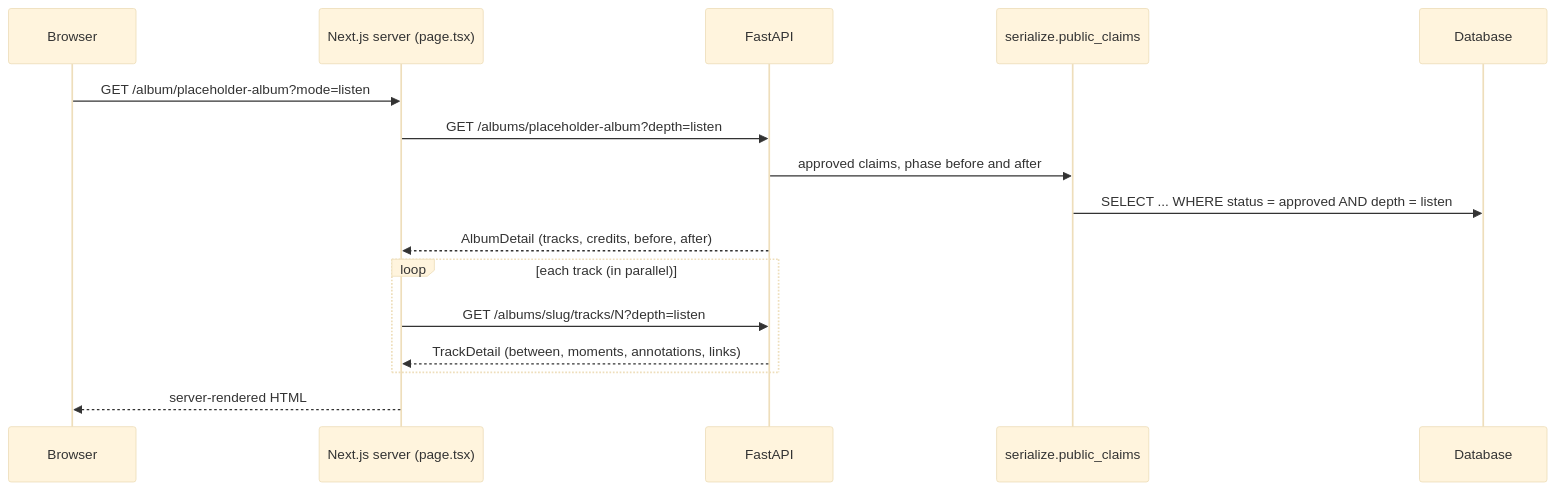
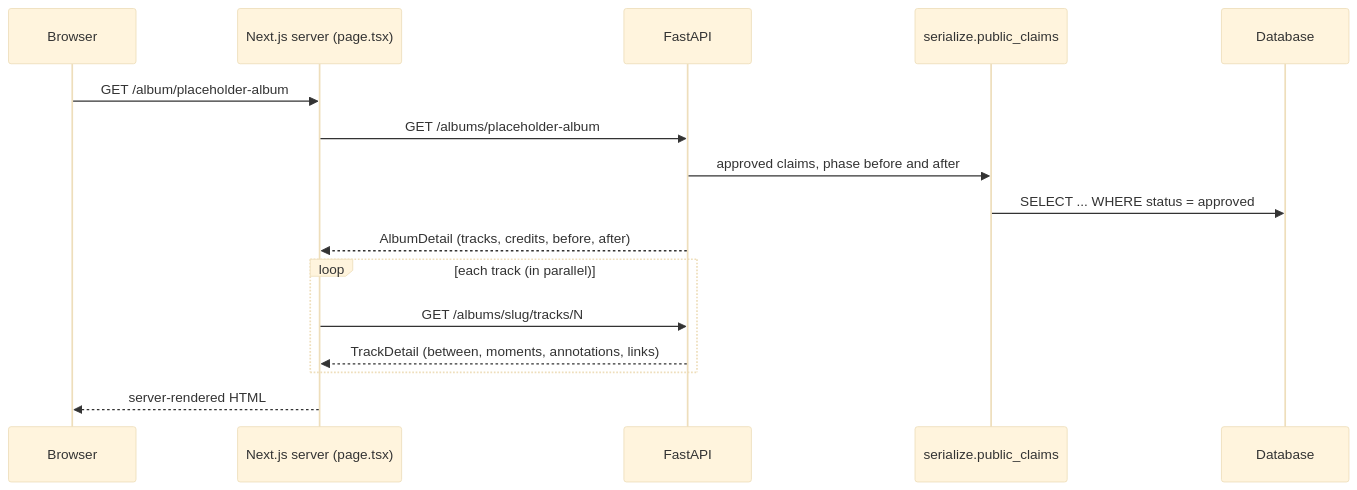
The fourth of 5 diagrams in docs/ARCHITECTURE.md (Lkaasan/runout), drawn with Mermaid (base theme) before and after one commit. The commit also changed other lines of this file and 24 other files, not shown here.

````diff
--- a/docs/ARCHITECTURE.md
+++ b/docs/ARCHITECTURE.md
@@ -197,19 +197,19 @@
 ```mermaid
 sequenceDiagram
     participant B as Browser
     participant N as Next.js server (page.tsx)
     participant A as FastAPI
     participant S as serialize.public_claims
     participant DB as Database
 
-    B->>N: GET /album/placeholder-album?mode=listen
-    N->>A: GET /albums/placeholder-album?depth=listen
+    B->>N: GET /album/placeholder-album
+    N->>A: GET /albums/placeholder-album
     A->>S: approved claims, phase before and after
-    S->>DB: SELECT ... WHERE status = approved AND depth = listen
+    S->>DB: SELECT ... WHERE status = approved
     A-->>N: AlbumDetail (tracks, credits, before, after)
     loop each track (in parallel)
-        N->>A: GET /albums/slug/tracks/N?depth=listen
+        N->>A: GET /albums/slug/tracks/N
         A-->>N: TrackDetail (between, moments, annotations, links)
     end
     N-->>B: server-rendered HTML
 ```
````
